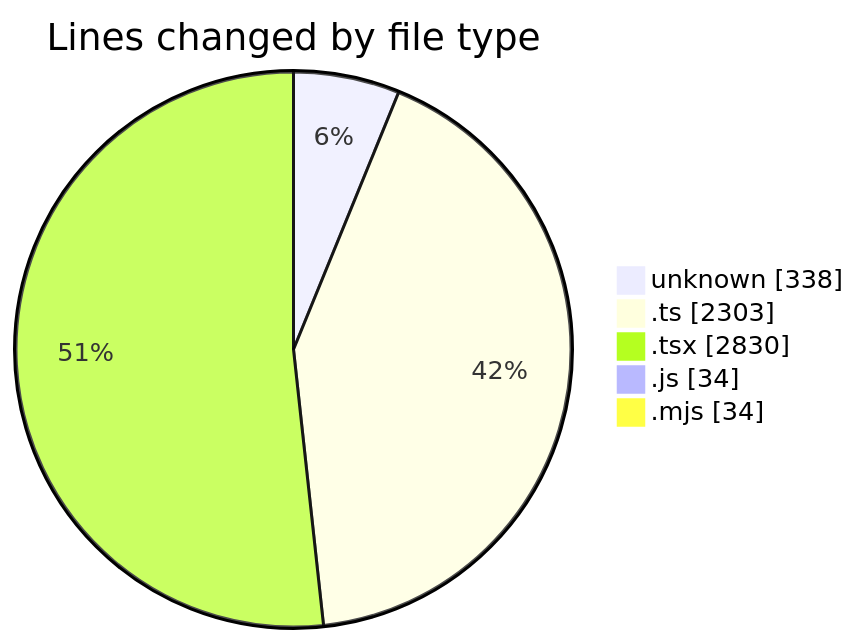
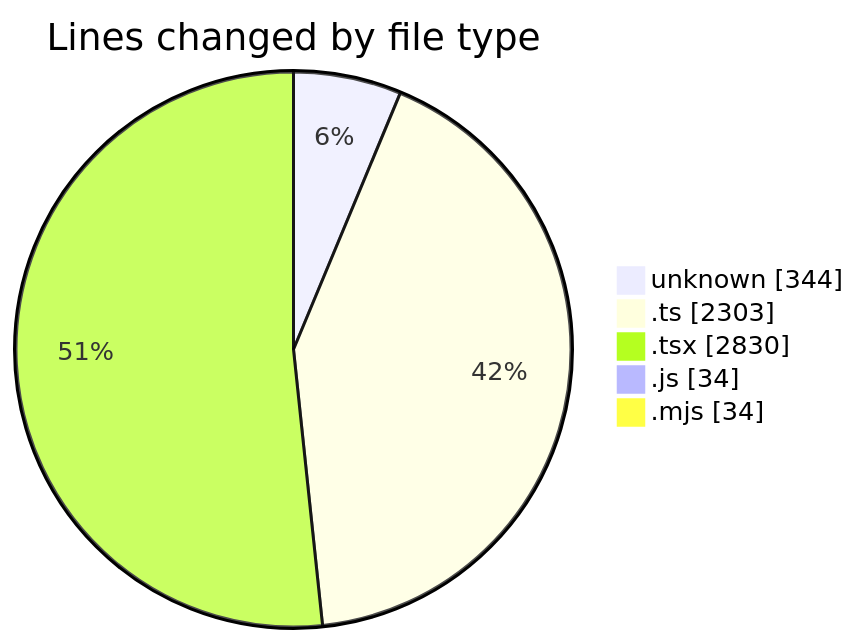
The first of 2 diagrams in 2025-06-13/ecodeli-1/README.md (CELIANVF/code-tracking), drawn with Mermaid before and after one commit. The commit also changed other lines of this file and 1 other file, not shown here.

````diff
--- a/2025-06-13/ecodeli-1/README.md
+++ b/2025-06-13/ecodeli-1/README.md
@@ -29,9 +29,9 @@
 ```mermaid
 pie showData
 title Lines changed by file type
-"unknown" : 338
+"unknown" : 344
 ".ts" : 2303
 ".tsx" : 2830
 ".js" : 34
 ".mjs" : 34
 ```
````
